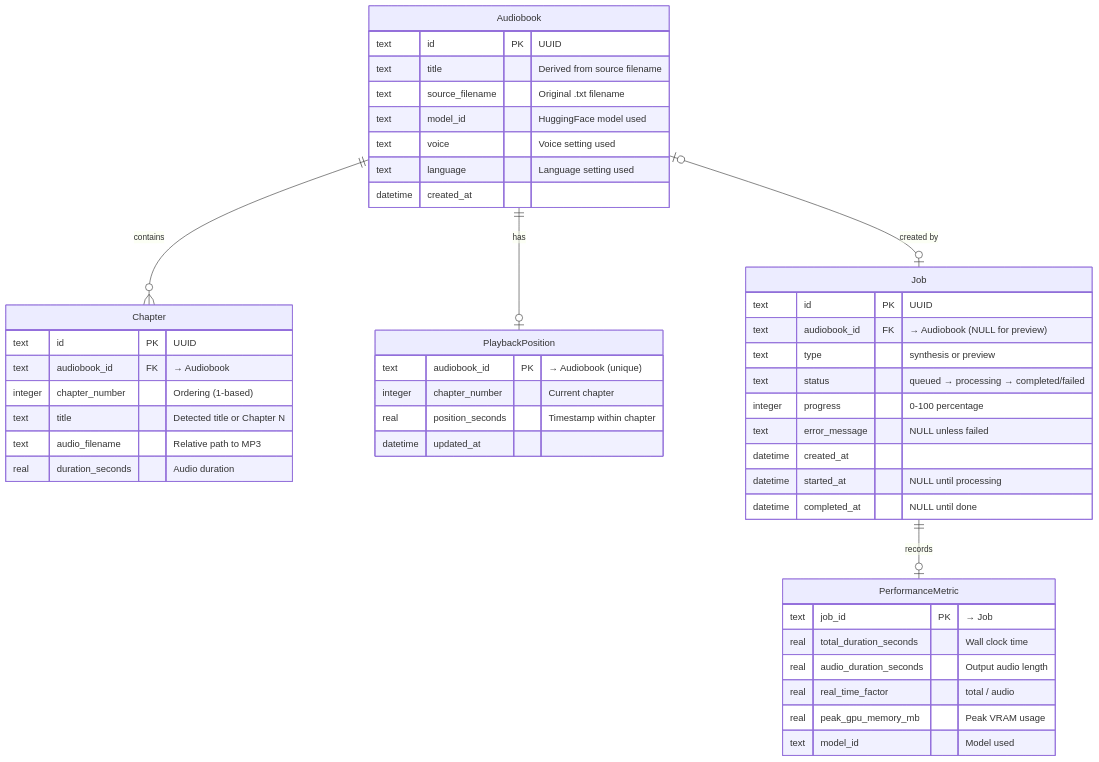
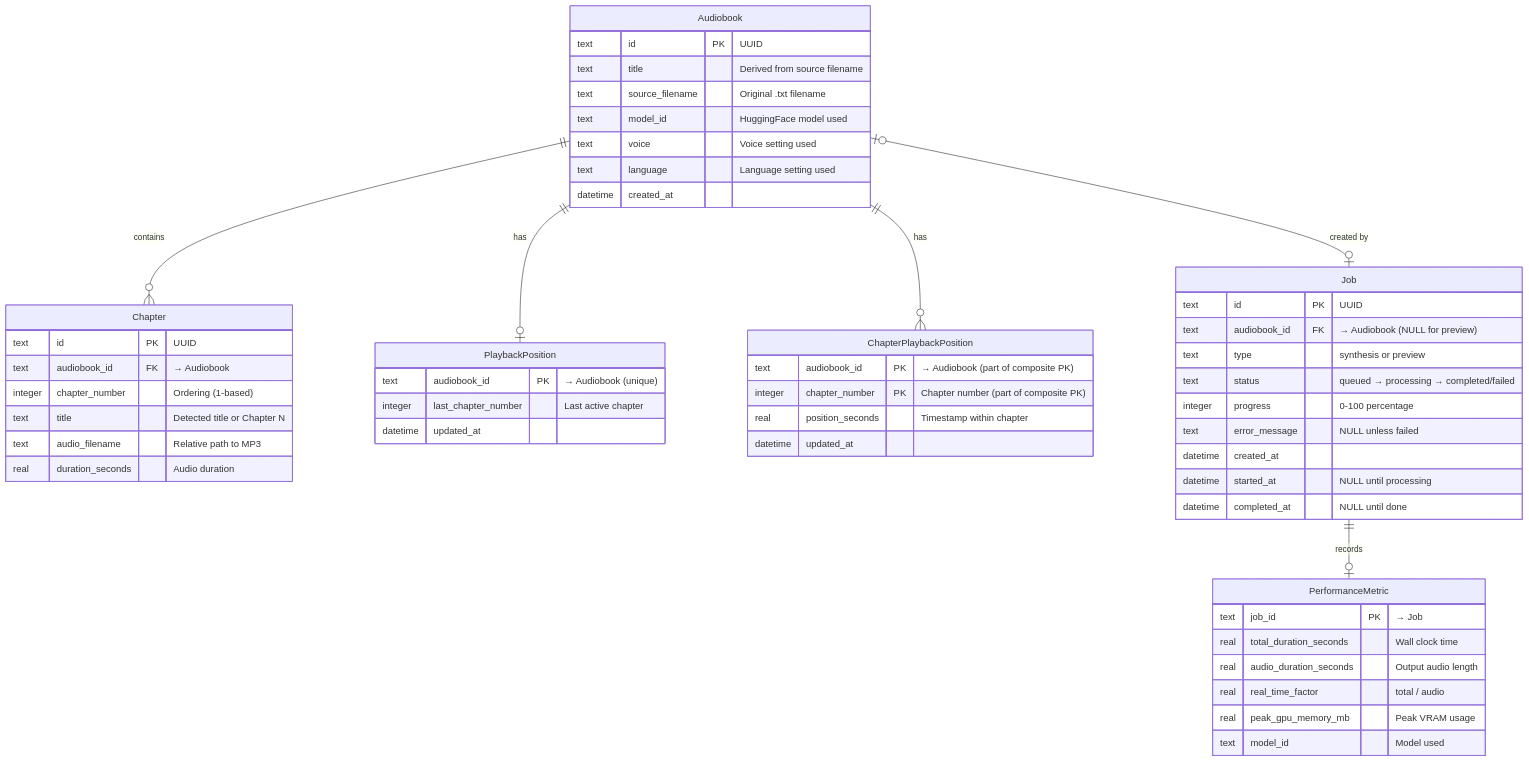
One commit to pangon/local-TTS-web-app changed the first of 2 diagrams in 2-design/data-model.md. Above: the diagram before and after it, drawn with Mermaid. The commit also changed other lines of this file and 4 other files, not shown here.

First line of the commit message:
Refine playback resume to two-level bookmarks (audiobook + per-chapter)

````diff
--- a/2-design/data-model.md
+++ b/2-design/data-model.md
@@ -9,54 +9,61 @@
 ```mermaid
 erDiagram
     Audiobook ||--o{ Chapter : contains
     Audiobook ||--o| PlaybackPosition : has
+    Audiobook ||--o{ ChapterPlaybackPosition : has
     Audiobook |o--o| Job : "created by"
     Job ||--o| PerformanceMetric : records
 
     Audiobook {
         text id PK "UUID"
         text title "Derived from source filename"
         text source_filename "Original .txt filename"
         text model_id "HuggingFace model used"
         text voice "Voice setting used"
         text language "Language setting used"
         datetime created_at
     }
 
     Chapter {
         text id PK "UUID"
         text audiobook_id FK "→ Audiobook"
         integer chapter_number "Ordering (1-based)"
         text title "Detected title or Chapter N"
         text audio_filename "Relative path to MP3"
         real duration_seconds "Audio duration"
     }
 
     PlaybackPosition {
         text audiobook_id PK "→ Audiobook (unique)"
-        integer chapter_number "Current chapter"
+        integer last_chapter_number "Last active chapter"
+        datetime updated_at
+    }
+
+    ChapterPlaybackPosition {
+        text audiobook_id PK "→ Audiobook (part of composite PK)"
+        integer chapter_number PK "Chapter number (part of composite PK)"
         real position_seconds "Timestamp within chapter"
         datetime updated_at
     }
 
     Job {
         text id PK "UUID"
         text audiobook_id FK "→ Audiobook (NULL for preview)"
         text type "synthesis or preview"
         text status "queued → processing → completed/failed"
         integer progress "0-100 percentage"
         text error_message "NULL unless failed"
         datetime created_at
         datetime started_at "NULL until processing"
         datetime completed_at "NULL until done"
     }
 
     PerformanceMetric {
         text job_id PK "→ Job"
         real total_duration_seconds "Wall clock time"
         real audio_duration_seconds "Output audio length"
         real real_time_factor "total / audio"
         real peak_gpu_memory_mb "Peak VRAM usage"
         text model_id "Model used"
     }
 ```
````
